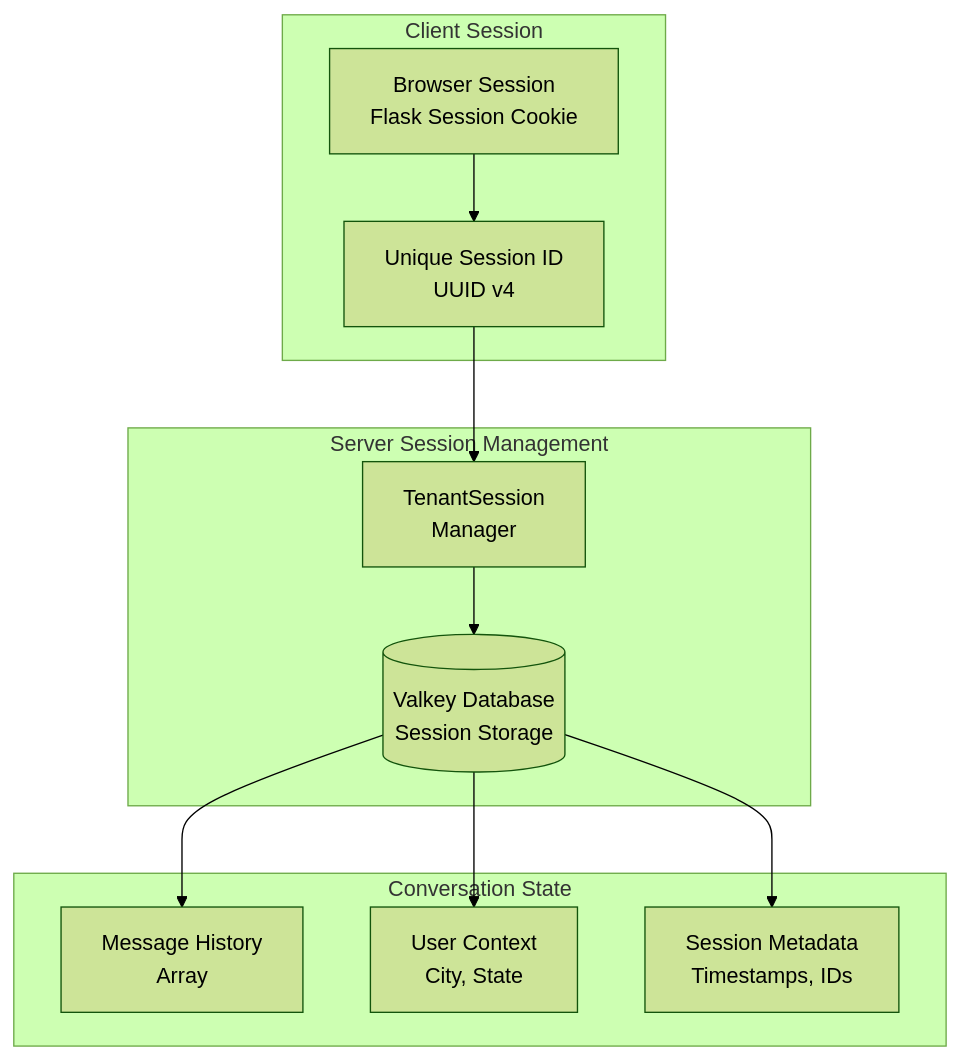
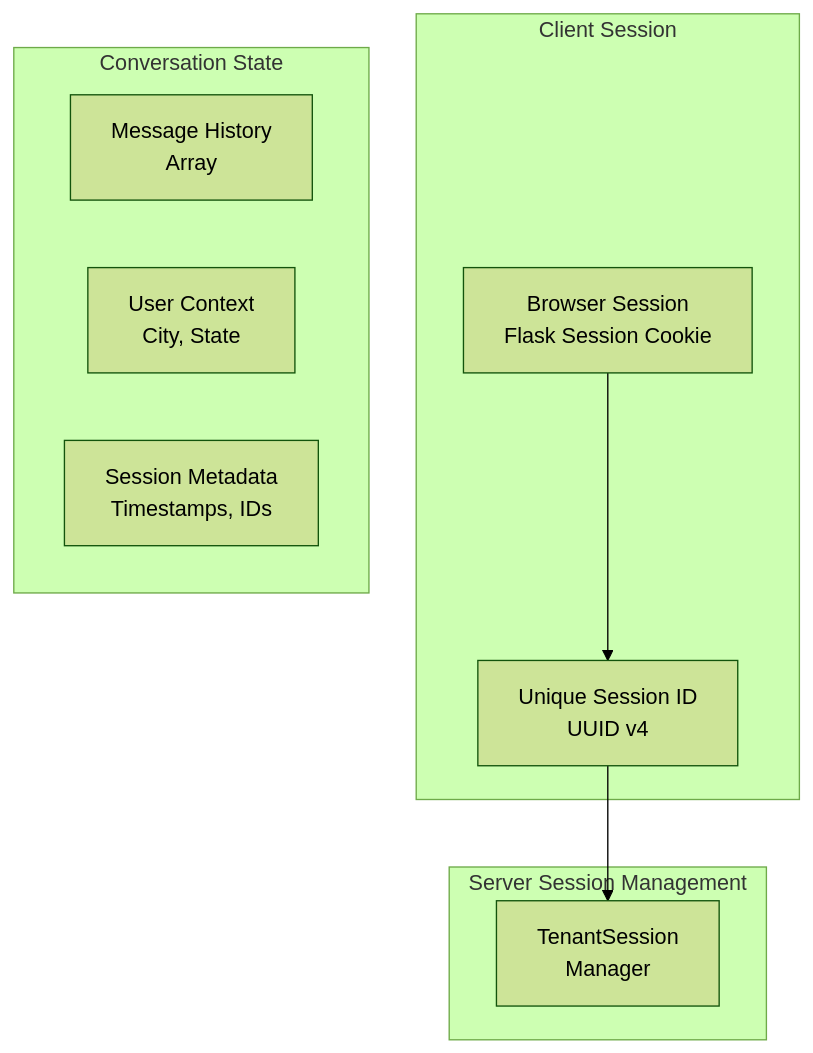
Before and after one commit to lee-coates/tenantfirstaid: the fourth of 9 diagrams in Architecture.md, drawn with Mermaid (forest theme). The commit also changed other lines of this file and 3 other files, not shown here.

````diff
--- a/Architecture.md
+++ b/Architecture.md
@@ -178,25 +176,20 @@
 ```mermaid
 graph TB
     subgraph "Client Session"
         Browser[Browser Session<br/>Flask Session Cookie]
         SessionID[Unique Session ID<br/>UUID v4]
     end
     
     subgraph "Server Session Management"
         SessionManager[TenantSession<br/>Manager]
-        Valkey[(Valkey Database<br/>Session Storage)]
     end
     
     subgraph "Conversation State"
         Messages[Message History<br/>Array]
         Context[User Context<br/>City, State]
         Metadata[Session Metadata<br/>Timestamps, IDs]
     end
     
     Browser --> SessionID
     SessionID --> SessionManager
-    SessionManager --> Valkey
-    Valkey --> Messages
-    Valkey --> Context
-    Valkey --> Metadata
 ```
````
